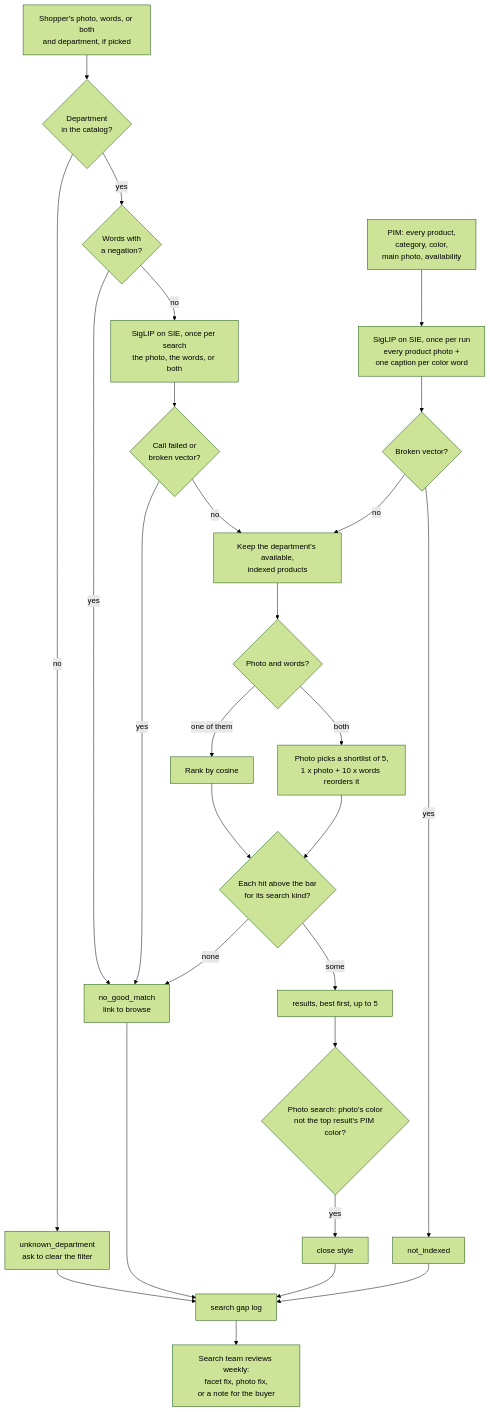
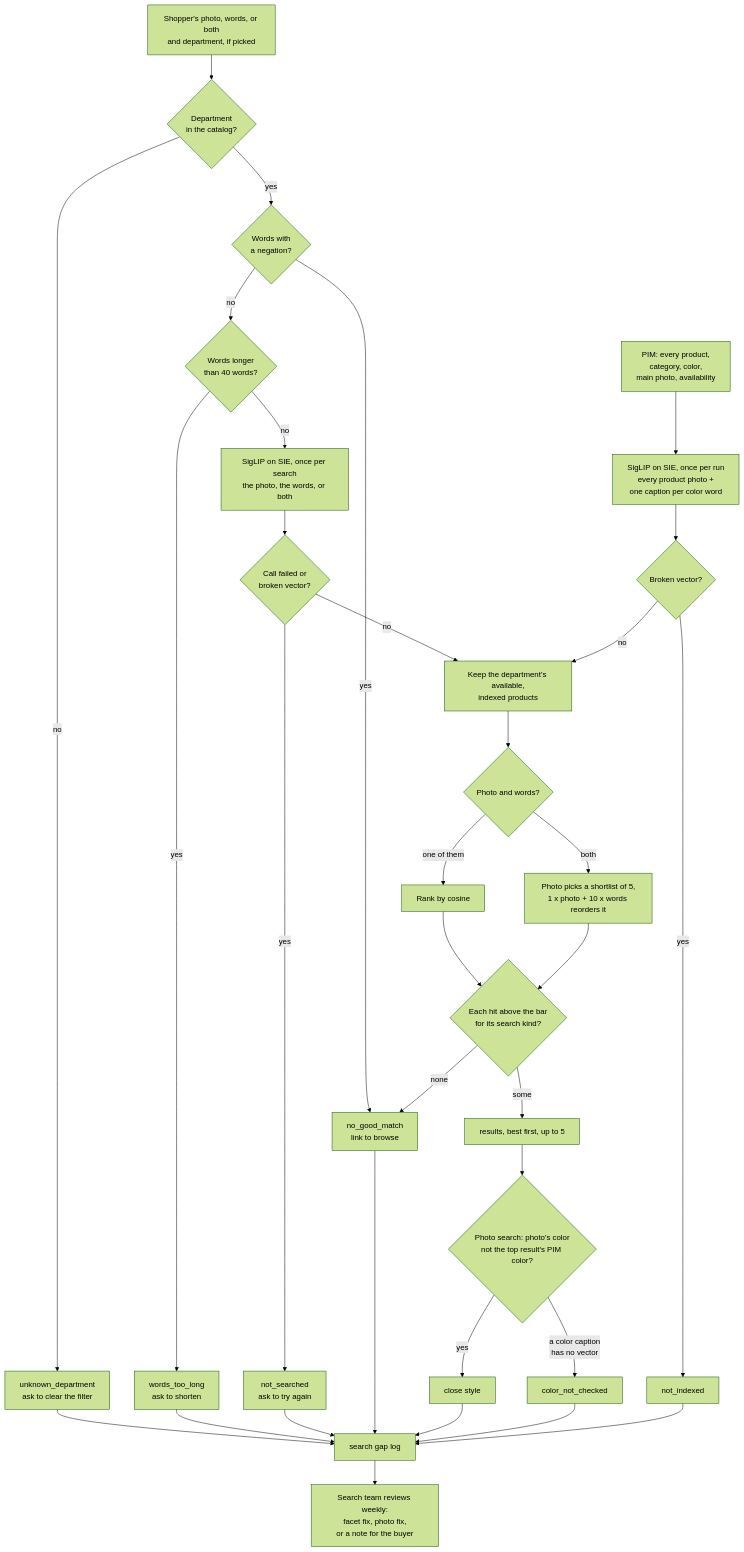
The second of 2 diagrams in ecommerce/search_products_by_photo_and_text/README.md (superlinked/cookbook), drawn with Mermaid (forest theme) before and after one commit. The commit also changed other lines of this file and 23 other files, not shown here.

````diff
--- a/ecommerce/search_products_by_photo_and_text/README.md
+++ b/ecommerce/search_products_by_photo_and_text/README.md
@@ -146,29 +156,35 @@
 ```mermaid
 flowchart TD
     C[PIM: every product,<br/>category, color,<br/>main photo, availability] --> CE[SigLIP on SIE, once per run<br/>every product photo +<br/>one caption per color word]
     CE --> NI{Broken vector?}
     NI -- yes --> NX[not_indexed]
     Q[Shopper's photo, words, or both<br/>and department, if picked] --> D{Department<br/>in the catalog?}
     D -- no --> UD[unknown_department<br/>ask to clear the filter]
     D -- yes --> NW{Words with<br/>a negation?}
     NW -- yes --> NG
-    NW -- no --> E[SigLIP on SIE, once per search<br/>the photo, the words, or both]
+    NW -- no --> TL{Words longer<br/>than 40 words?}
+    TL -- yes --> WL[words_too_long<br/>ask to shorten]
+    TL -- no --> E[SigLIP on SIE, once per search<br/>the photo, the words, or both]
     E --> EF{Call failed or<br/>broken vector?}
-    EF -- yes --> NG
+    EF -- yes --> NS[not_searched<br/>ask to try again]
     EF -- no --> F[Keep the department's available,<br/>indexed products]
     NI -- no --> F
     F --> K{Photo and words?}
     K -- one of them --> R[Rank by cosine]
     K -- both --> SL[Photo picks a shortlist of 5,<br/>1 x photo + 10 x words reorders it]
     R --> B{Each hit above the bar<br/>for its search kind?}
     SL --> B
     B -- none --> NG[no_good_match<br/>link to browse]
     B -- some --> RS[results, best first, up to 5]
     RS --> V{Photo search: photo's color<br/>not the top result's PIM color?}
     V -- yes --> CS[close style]
+    V -- a color caption<br/>has no vector --> CN[color_not_checked]
     UD --> LOG[search gap log]
+    WL --> LOG
+    NS --> LOG
     NG --> LOG
     CS --> LOG
+    CN --> LOG
     NX --> LOG
     LOG --> T[Search team reviews weekly:<br/>facet fix, photo fix,<br/>or a note for the buyer]
 ```
````
